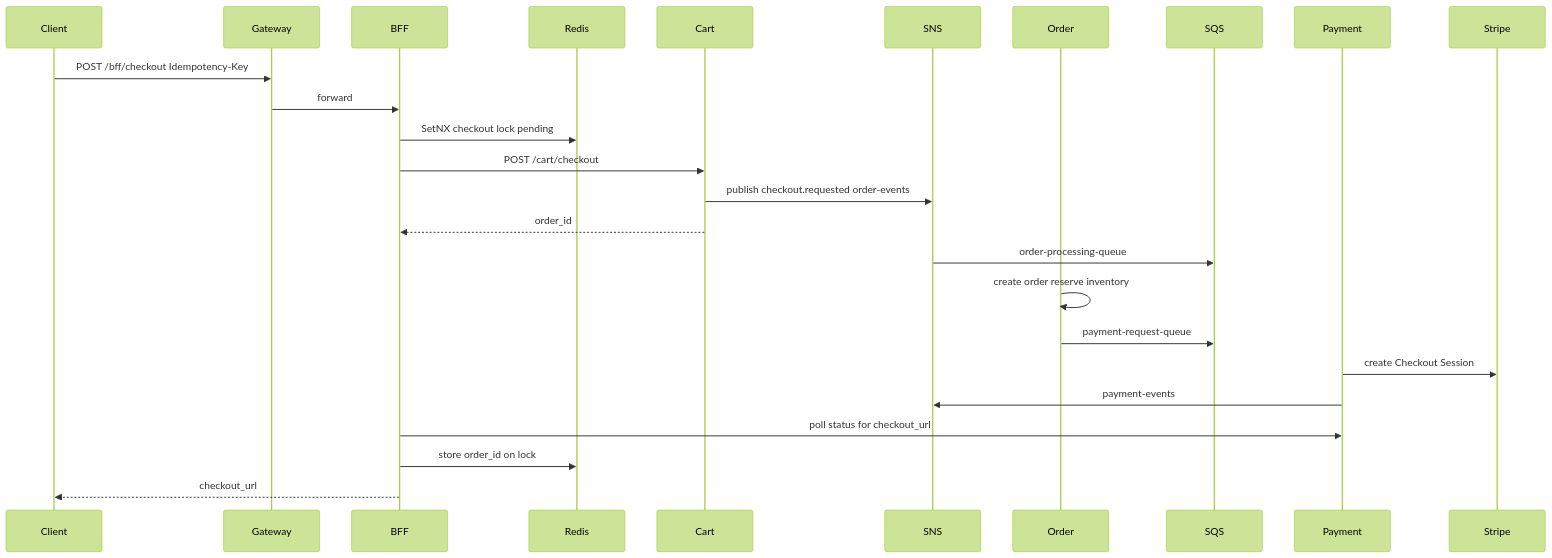
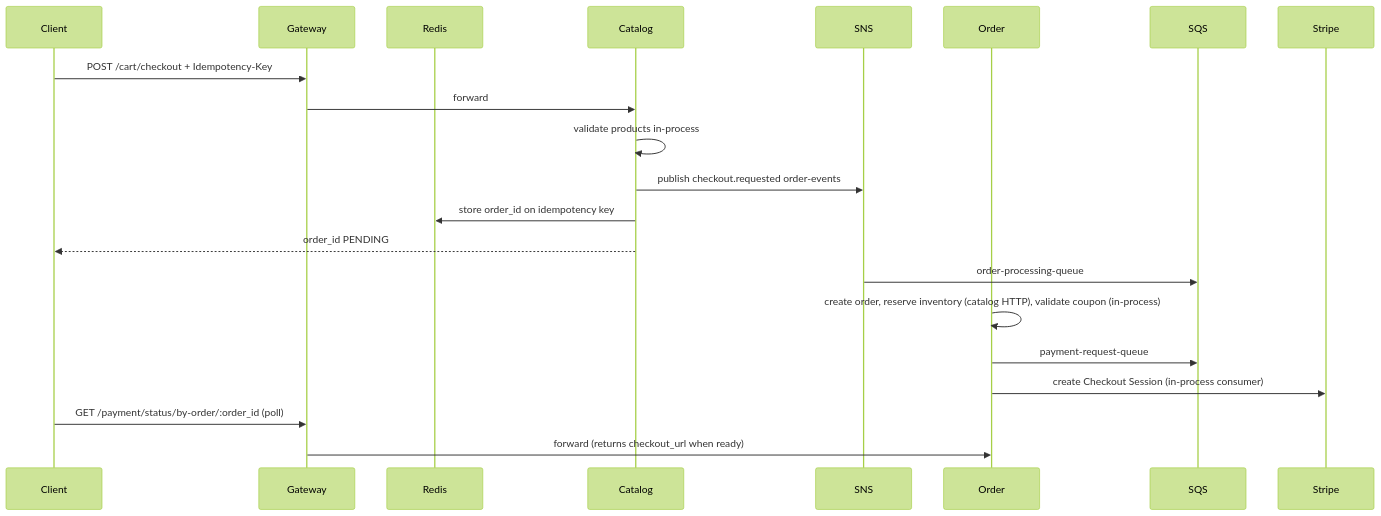
One commit to yashrajoria/E-Commerce-backend changed the second of 3 diagrams in backend/docs/architecture.md. Above: the diagram before and after it, drawn with Mermaid (forest theme). The commit also changed other lines of this file and 32 other files, not shown here.

````diff
--- a/backend/docs/architecture.md
+++ b/backend/docs/architecture.md
@@ -107,28 +79,24 @@
 ```mermaid
 sequenceDiagram
   participant Client
   participant Gateway
-  participant BFF
   participant Redis
-  participant Cart
+  participant Catalog
   participant SNS
   participant Order
   participant SQS
-  participant Payment
   participant Stripe
 
-  Client->>Gateway: POST /bff/checkout Idempotency-Key
-  Gateway->>BFF: forward
-  BFF->>Redis: SetNX checkout lock pending
-  BFF->>Cart: POST /cart/checkout
-  Cart->>SNS: publish checkout.requested order-events
-  Cart-->>BFF: order_id
+  Client->>Gateway: POST /cart/checkout + Idempotency-Key
+  Gateway->>Catalog: forward
+  Catalog->>Catalog: validate products in-process
+  Catalog->>SNS: publish checkout.requested order-events
+  Catalog->>Redis: store order_id on idempotency key
+  Catalog-->>Client: order_id PENDING
   SNS->>SQS: order-processing-queue
-  Order->>Order: create order reserve inventory
+  Order->>Order: create order, reserve inventory (catalog HTTP), validate coupon (in-process)
   Order->>SQS: payment-request-queue
-  Payment->>Stripe: create Checkout Session
-  Payment->>SNS: payment-events
-  BFF->>Payment: poll status for checkout_url
-  BFF->>Redis: store order_id on lock
-  BFF-->>Client: checkout_url
+  Order->>Stripe: create Checkout Session (in-process consumer)
+  Client->>Gateway: GET /payment/status/by-order/:order_id (poll)
+  Gateway->>Order: forward (returns checkout_url when ready)
 ```
````
